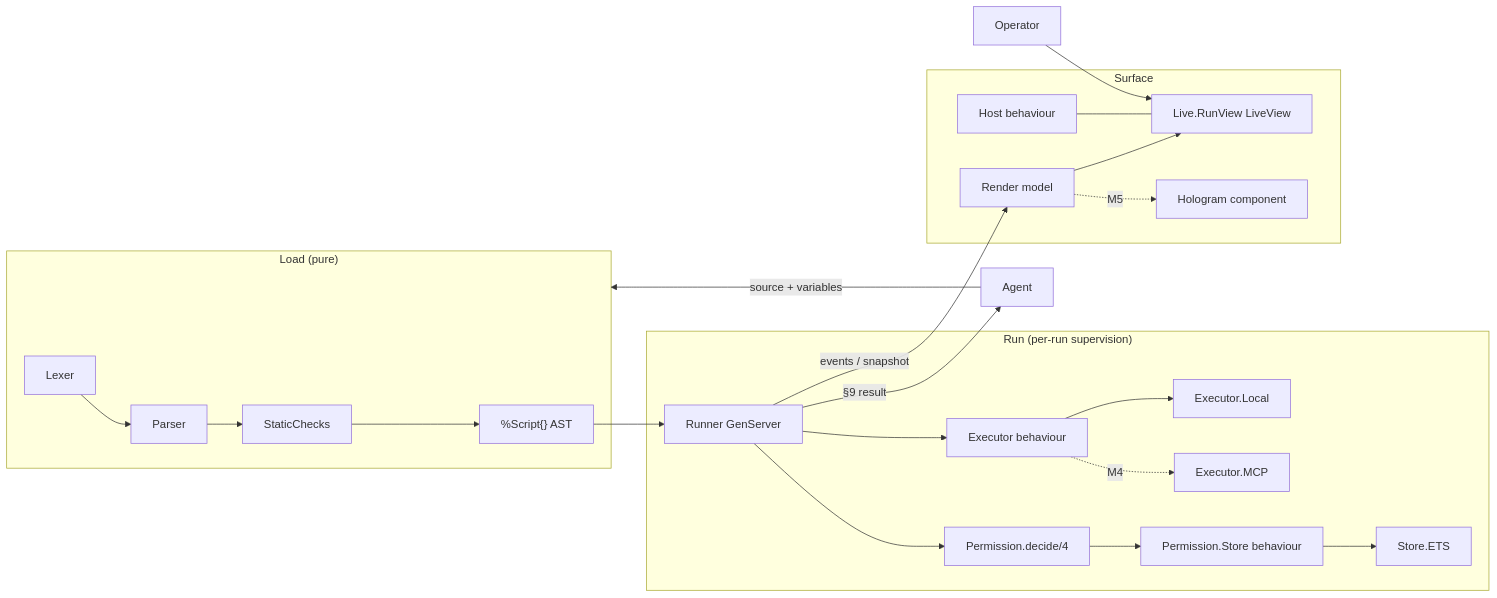
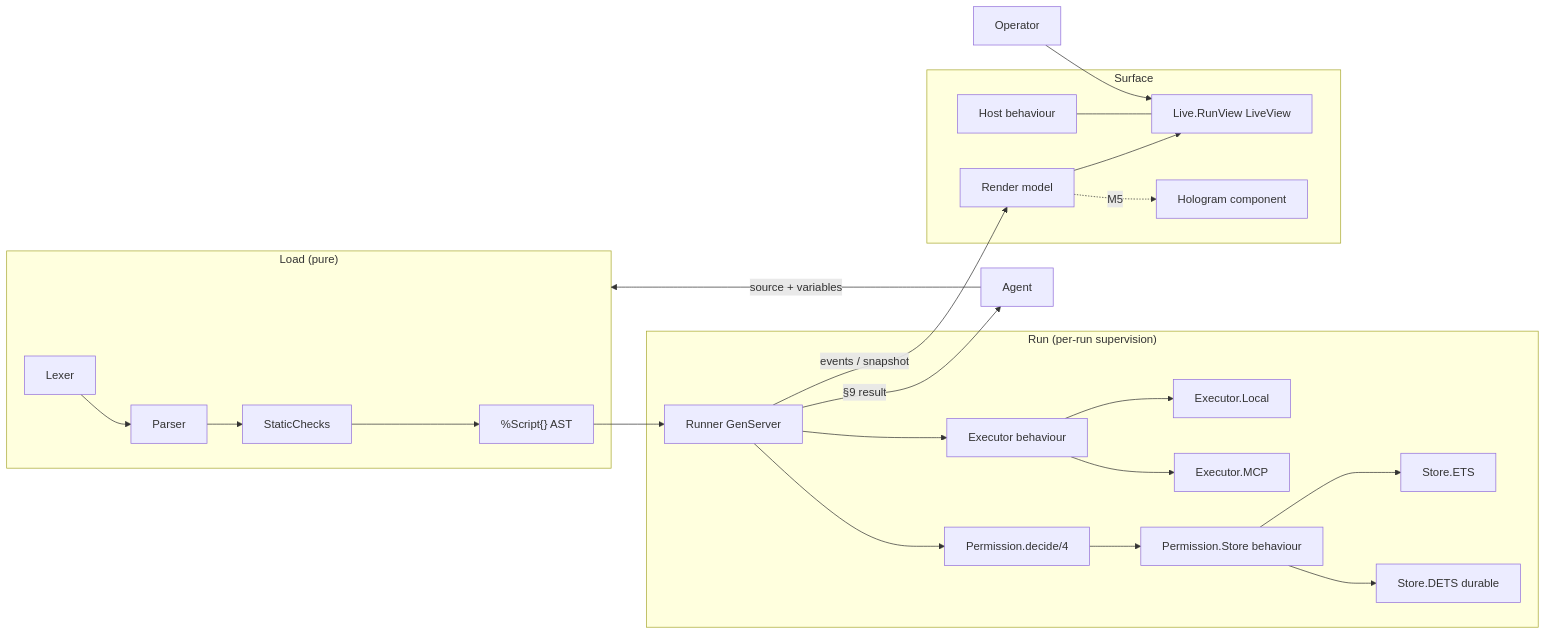
One commit to noizu-labs/genai-approval changed the diagram in docs/arch/overview.md. Above: the diagram before and after it, drawn with Mermaid. The commit also changed other lines of this file and 8 other files, not shown here.

Commit message:
docs: refresh layout/schema/arch + add threat model (2026-10-07 fleet sweep)

````diff
--- a/docs/arch/overview.md
+++ b/docs/arch/overview.md
@@ -14,27 +14,28 @@
 ```mermaid
 flowchart LR
     subgraph compile ["Load (pure)"]
       LX[Lexer] --> P[Parser] --> SC[StaticChecks] --> S["%Script{} AST"]
     end
 
     subgraph run ["Run (per-run supervision)"]
       R[Runner GenServer] --> EX[Executor behaviour]
       EX --> LOC[Executor.Local]
-      EX -. M4 .-> MCP[Executor.MCP]
+      EX --> MCP[Executor.MCP]
       R --> PERM[Permission.decide/4]
       PERM --> ST[Permission.Store behaviour]
       ST --> ETS[Store.ETS]
+      ST --> DETS[Store.DETS durable]
     end
 
     subgraph ui ["Surface"]
       R -- events / snapshot --> REN[Render model]
       REN --> LV[Live.RunView LiveView]
       REN -. M5 .-> HOLO[Hologram component]
       HOST[Host behaviour] --- LV
     end
 
     A[Agent] -- source + variables --> compile
     S --> R
     R -- §9 result --> A
     OP[Operator] --> LV
 ```
````
